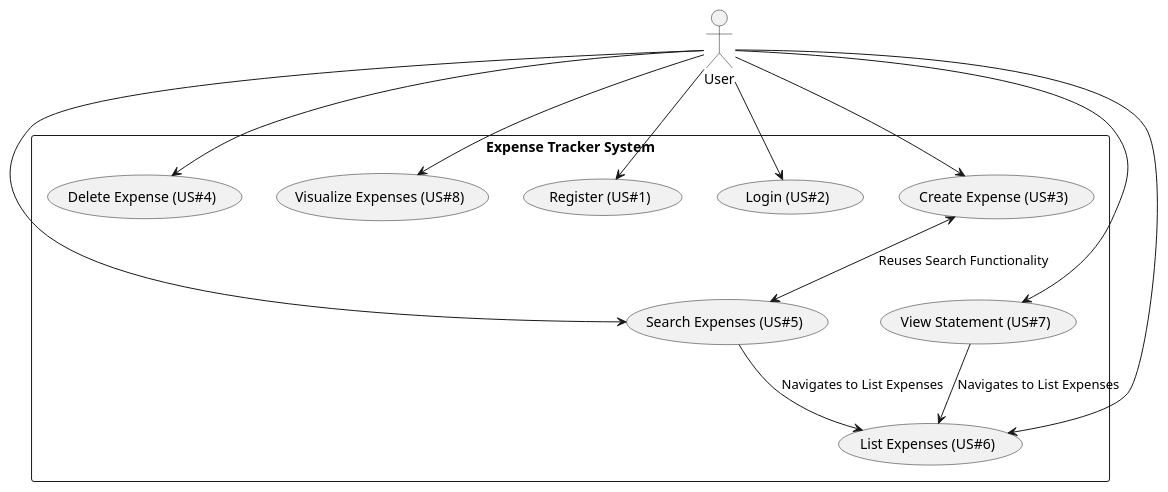
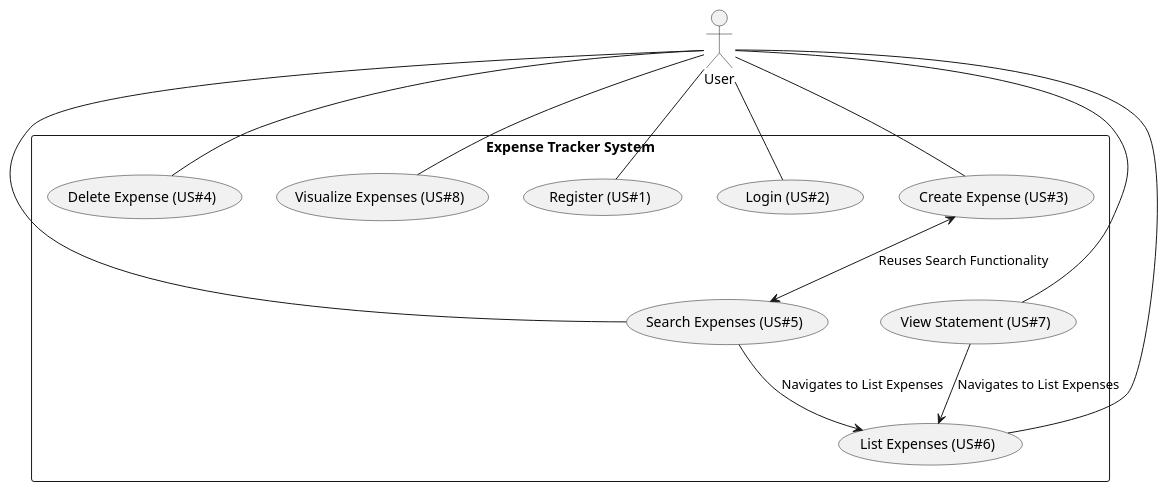
Before and after one commit to msu-denver/project-3-jayar-budgeting: the diagram in uml/use_case.wsd, drawn with PlantUML. The commit also changed 2 other files, not shown here.

```diff
--- a/uml/use_case.wsd
+++ b/uml/use_case.wsd
@@ -1,28 +1,28 @@
 @startuml use_case
 actor User
 
 rectangle "Expense Tracker System" {
     usecase "Register (US#1)" as UC1
     usecase "Login (US#2)" as UC2
     usecase "Create Expense (US#3)" as UC3
     usecase "Delete Expense (US#4)" as UC4
     usecase "Search Expenses (US#5)" as UC5
     usecase "List Expenses (US#6)" as UC6
     usecase "View Statement (US#7)" as UC7
     usecase "Visualize Expenses (US#8)" as UC8
 }
 
-User --> UC1
-User --> UC2
-User --> UC3
-User --> UC4
-User --> UC5
-User --> UC6
-User --> UC7
-User --> UC8
+User -- UC1
+User -- UC2
+User -- UC3
+User -- UC4
+User -- UC5
+User -- UC6
+User -- UC7
+User -- UC8
 
 UC3 <--> UC5 : Reuses Search Functionality
 UC5 --> UC6 : Navigates to List Expenses
 UC7 --> UC6 : Navigates to List Expenses
 
 @enduml
```
